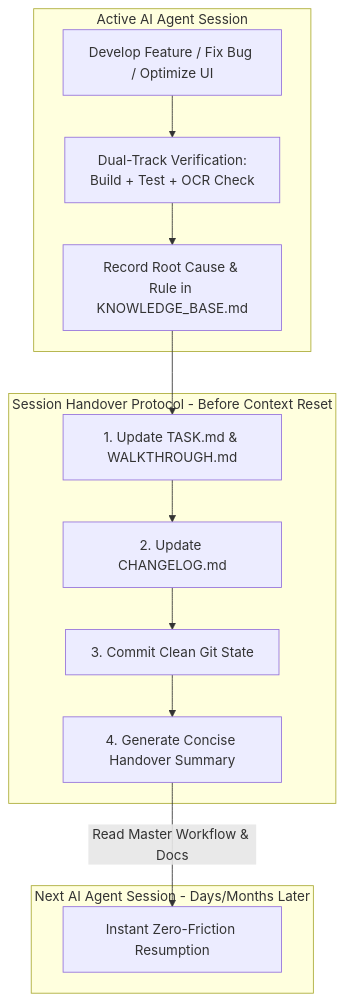
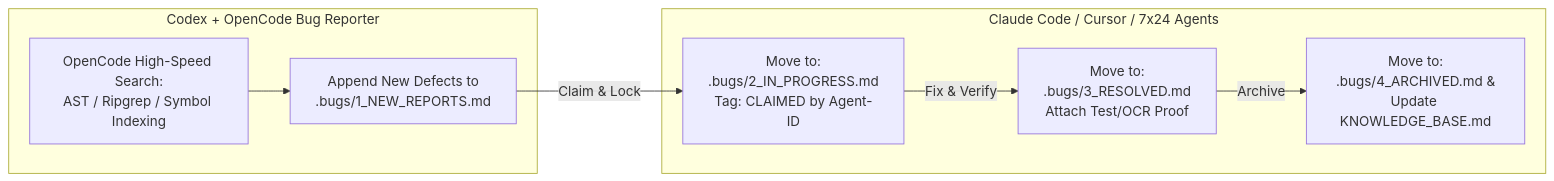
Before and after one commit to SSC-STUDIO/LenovoLegionToolkit: the diagram in Plugins/AUTONOMOUS_MAINTENANCE_AND_EVOLUTION_WORKFLOW.md, drawn with Mermaid. The commit also changed other lines of this file and 18 other files, not shown here.

Commit message:
fix(plg): resolve H-006 deadlock, M-014 data loss backup, M-016 TOCTOU lock, and M-005 IsDangerousPath null-byte check

````diff
--- a/Plugins/AUTONOMOUS_MAINTENANCE_AND_EVOLUTION_WORKFLOW.md
+++ b/Plugins/AUTONOMOUS_MAINTENANCE_AND_EVOLUTION_WORKFLOW.md
@@ -21,18 +33,12 @@
 ```mermaid
-flowchart TD
-    subgraph ActiveSession [Active AI Agent Session]
-        Work[Develop Feature / Fix Bug / Optimize UI] --> Verify[Dual-Track Verification:<br>Build + Test + OCR Check]
-        Verify --> LogLesson[Record Root Cause & Rule in KNOWLEDGE_BASE.md]
+flowchart LR
+    subgraph CodexReporter [Codex + OpenCode Bug Reporter]
+        Scan[OpenCode High-Speed Search:<br>AST / Ripgrep / Symbol Indexing] --> WriteNew[Append New Defects to<br>.bugs/1_NEW_REPORTS.md]
     end
 
-    subgraph HandoverProtocol [Session Handover Protocol - Before Context Reset]
-        LogLesson --> UpdateTask[1. Update TASK.md & WALKTHROUGH.md]
-        UpdateTask --> UpdateChangelog[2. Update CHANGELOG.md]
-        UpdateChangelog --> CommitState[3. Commit Clean Git State]
-        CommitState --> HandoverSummary[4. Generate Concise Handover Summary]
-    end
-
-    subgraph NextSession [Next AI Agent Session - Days/Months Later]
-        HandoverSummary -->|Read Master Workflow & Docs| Resume[Instant Zero-Friction Resumption]
+    subgraph MaintenanceAgents [Claude Code / Cursor / 7x24 Agents]
+        WriteNew -->|Claim & Lock| InProgress[Move to:<br>.bugs/2_IN_PROGRESS.md<br>Tag: CLAIMED by Agent-ID]
+        InProgress -->|Fix & Verify| Resolved[Move to:<br>.bugs/3_RESOLVED.md<br>Attach Test/OCR Proof]
+        Resolved -->|Archive| Archive[Move to:<br>.bugs/4_ARCHIVED.md &<br>Update KNOWLEDGE_BASE.md]
     end
 ```
````
